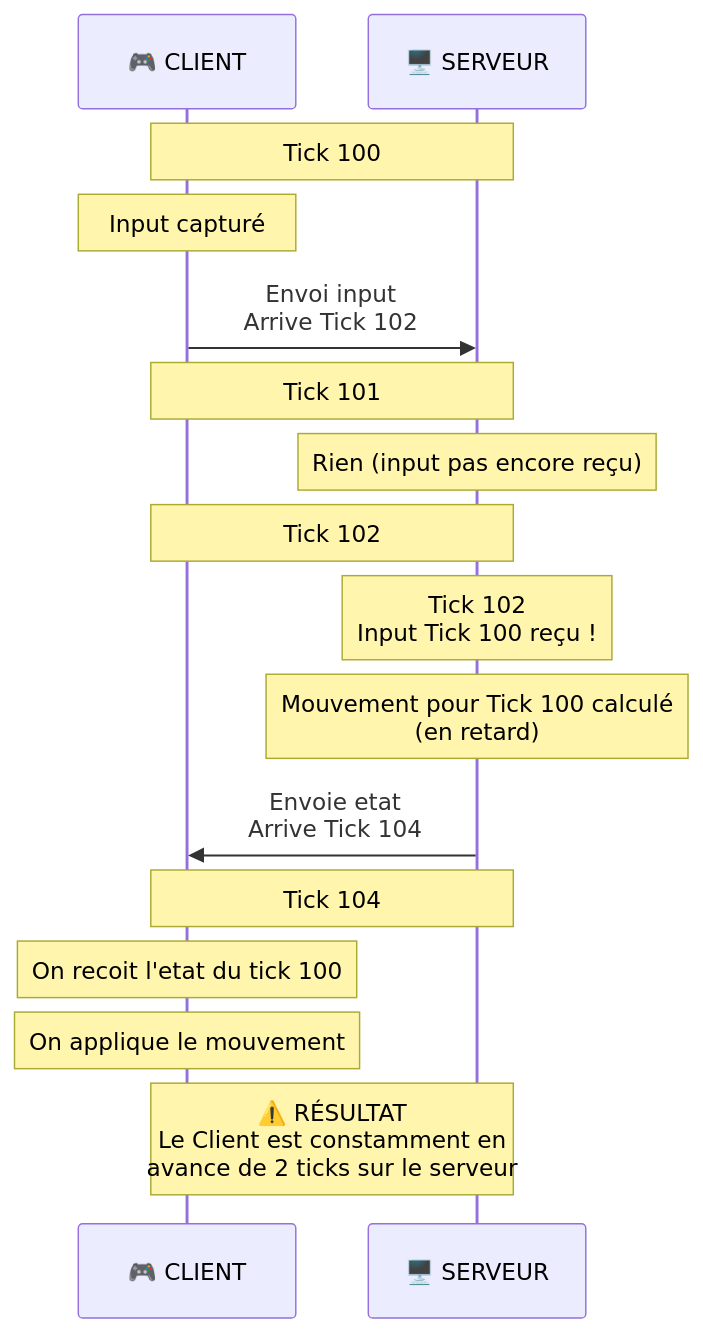
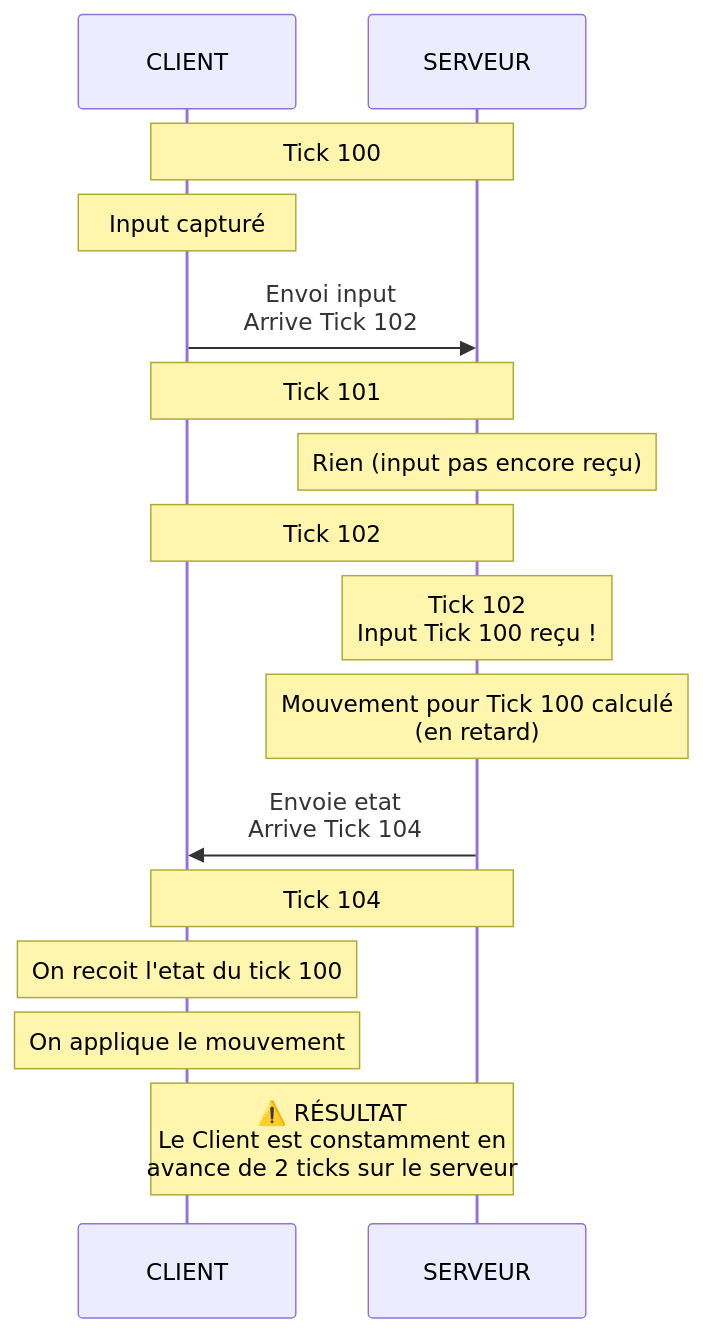
One commit to stefanmoisoiu/MouvementServerAuthoritatif-UnityNGO changed the second of 13 diagrams in README.md. Above: the diagram before and after it, drawn with Mermaid. The commit also changed other lines of this file, not shown here.

````diff
--- a/README.md
+++ b/README.md
@@ -115,25 +115,25 @@
 ```mermaid
 sequenceDiagram
-    participant Client as 🎮 CLIENT
-    participant Serveur as 🖥️ SERVEUR
+    participant Client as CLIENT
+    participant Serveur as SERVEUR
     
     Note over Client,Serveur: Tick 100
     Note over Client: Input capturé
     Client->>Serveur: Envoi input<br>Arrive Tick 102
 
     Note over Client,Serveur: Tick 101
     Note over Serveur: Rien (input pas encore reçu)
     
     Note over Client,Serveur: Tick 102
     
     Note over Serveur: Tick 102<br>Input Tick 100 reçu !
     Note over Serveur: Mouvement pour Tick 100 calculé<br>(en retard)
 
     Serveur->>Client: Envoie etat<br>Arrive Tick 104
 
     Note over Client,Serveur: Tick 104
     Note over Client: On recoit l'etat du tick 100
     Note over Client: On applique le mouvement
     
     Note over Client,Serveur: ⚠️ RÉSULTAT<br>Le Client est constamment en <br>avance de 2 ticks sur le serveur
 ```
````
